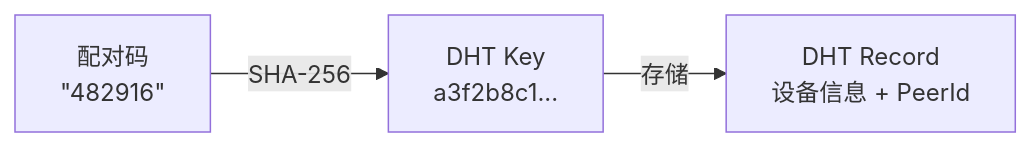
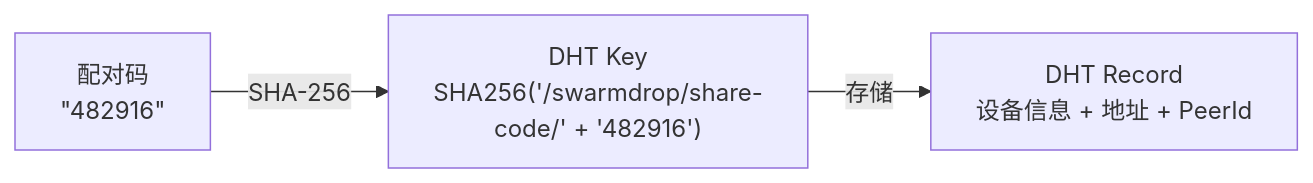
Before and after one commit to yexiyue/SwarmDrop: the fourth of 11 diagrams in dev-notes/blogs/device-pairing-implementation.md, drawn with Mermaid. The commit also changed other lines of this file and 3 other files, not shown here.

````diff
--- a/dev-notes/blogs/device-pairing-implementation.md
+++ b/dev-notes/blogs/device-pairing-implementation.md
@@ -144,5 +144,5 @@
 ```mermaid
 flowchart LR
-    A["配对码<br/>&quot;482916&quot;"] -->|SHA-256| B["DHT Key<br/>a3f2b8c1..."]
-    B -->|存储| C["DHT Record<br/>设备信息 + PeerId"]
+    A["配对码<br/>&quot;482916&quot;"] -->|SHA-256| B["DHT Key<br/>SHA256('/swarmdrop/share-code/' + '482916')"]
+    B -->|存储| C["DHT Record<br/>设备信息 + 地址 + PeerId"]
 ```
````
